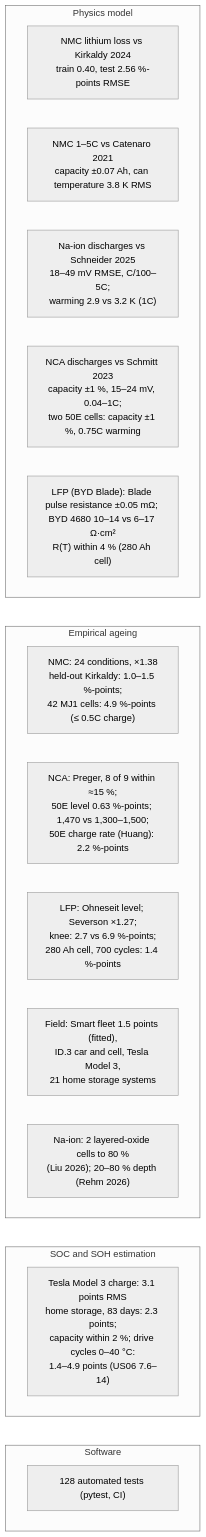
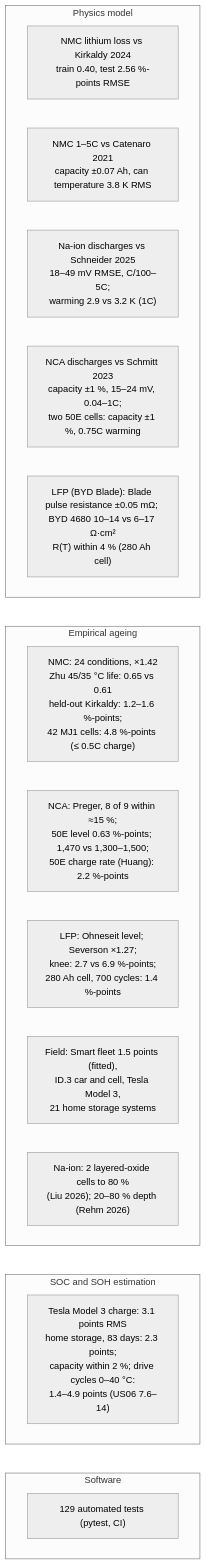
One commit to TheJohn01/DigitalTwinBattery changed diagram 12 of 12 in README.md. Above: the diagram before and after it, drawn with Mermaid (neutral theme). The commit also changed other lines of this file and 9 other files, not shown here.

First line of the commit message:
NMC ages faster above 35 °C (Zhu et al. 2022 NCM cells at 35 and 45 °C)

````diff
--- a/README.md
+++ b/README.md
@@ -1835,24 +1843,24 @@
 ```mermaid
 flowchart TB
     subgraph PHY["Physics model"]
         V1["NMC lithium loss vs Kirkaldy 2024<br/>train 0.40, test 2.56 %-points RMSE"]
         V9["NMC 1–5C vs Catenaro 2021<br/>capacity ±0.07 Ah, can temperature 3.8 K RMS"]
         V0["Na-ion discharges vs Schneider 2025<br/>18–49 mV RMSE, C/100–5C;<br/>warming 2.9 vs 3.2 K (1C)"]
         V7["NCA discharges vs Schmitt 2023<br/>capacity ±1 %, 15–24 mV, 0.04–1C;<br/>two 50E cells: capacity ±1 %, 0.75C warming"]
         V8["LFP (BYD Blade): Blade pulse resistance ±0.05 mΩ; BYD 4680 10–14 vs 6–17 Ω·cm²<br/>R(T) within 4 % (280 Ah cell)"]
     end
     subgraph EMP["Empirical ageing"]
-        V2["NMC: 24 conditions, ×1.38<br/>held-out Kirkaldy: 1.0–1.5 %-points;<br/>42 MJ1 cells: 4.9 %-points (≤ 0.5C charge)"]
+        V2["NMC: 24 conditions, ×1.42<br/>Zhu 45/35 °C life: 0.65 vs 0.61<br/>held-out Kirkaldy: 1.2–1.6 %-points;<br/>42 MJ1 cells: 4.8 %-points (≤ 0.5C charge)"]
         V3["NCA: Preger, 8 of 9 within ≈15 %;<br/>50E level 0.63 %-points; 1,470 vs 1,300–1,500;<br/>50E charge rate (Huang): 2.2 %-points"]
         V4["LFP: Ohneseit level; Severson ×1.27;<br/>knee: 2.7 vs 6.9 %-points;<br/>280 Ah cell, 700 cycles: 1.4 %-points"]
         V11["Field: Smart fleet 1.5 points (fitted),<br/>ID.3 car and cell, Tesla Model 3,<br/>21 home storage systems"]
         V5["Na-ion: 2 layered-oxide cells to 80 %<br/>(Liu 2026); 20–80 % depth (Rehm 2026)"]
     end
     subgraph EST["SOC and SOH estimation"]
         V10["Tesla Model 3 charge: 3.1 points RMS<br/>home storage, 83 days: 2.3 points;<br/>capacity within 2 %; drive cycles 0–40 °C:<br/>1.4–4.9 points (US06 7.6–14)"]
     end
     subgraph SW["Software"]
-        V6["128 automated tests (pytest, CI)"]
+        V6["129 automated tests (pytest, CI)"]
     end
     PHY ~~~ EMP ~~~ EST ~~~ SW
 ```
````
